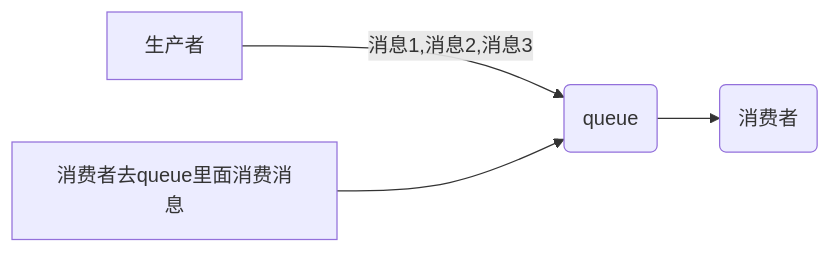
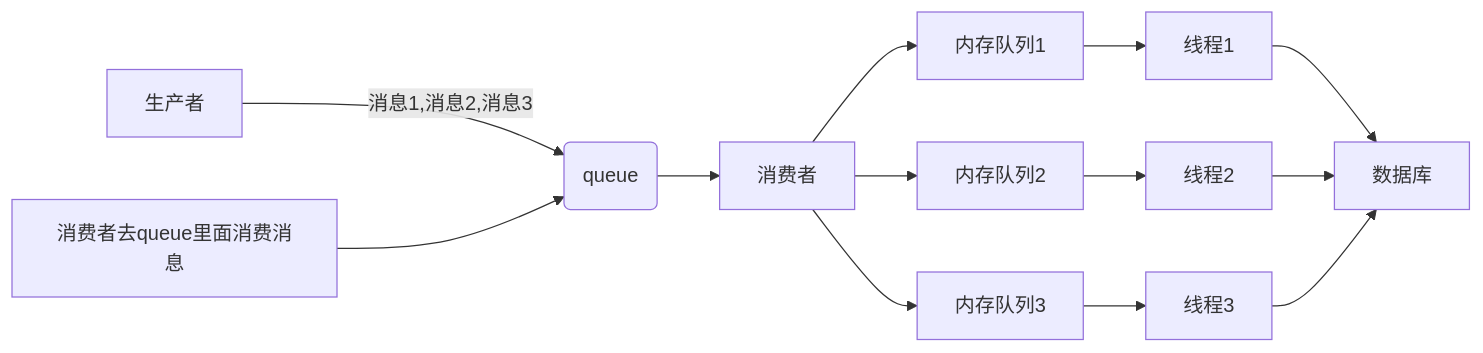
The fourth of 4 diagrams in mq/rabbitmq如何保证消息的顺序性.md (sunnynie/note), drawn with Mermaid before and after one commit.

Commit message:
finish:mq消息顺序问题

````diff
--- a/mq/rabbitmq如何保证消息的顺序性.md
+++ b/mq/rabbitmq如何保证消息的顺序性.md
@@ -71,7 +71,15 @@
 ```mermaid
 graph LR
 生产者--消息1,消息2,消息3-->mq(queue)
 消费者去queue里面消费消息-->mq
-mq-->x(消费者)
-
+mq-->消费者
+消费者-->内存队列1
+消费者-->内存队列2
+消费者-->内存队列3
+内存队列1--> 线程1
+内存队列2-->线程2
+内存队列3-->线程3
+线程1-->数据库
+线程2-->数据库
+线程3-->数据库
 ```
````
